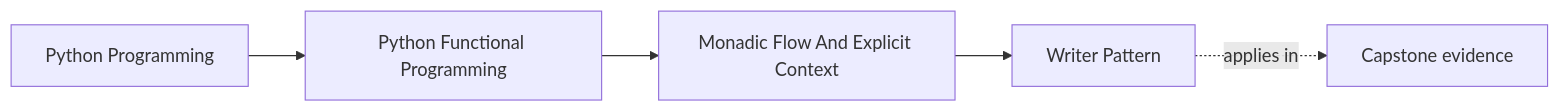
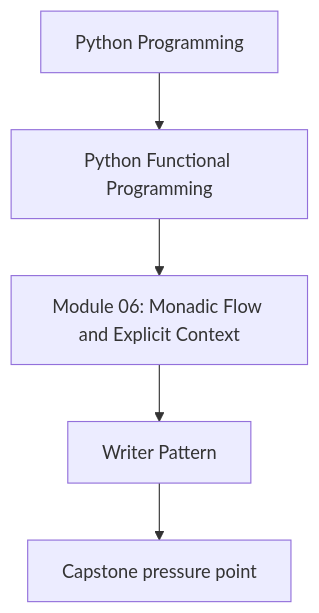
Before and after one commit to bijux/bijux-masterclass: the first of 2 diagrams in programs/python-programming/python-functional-programming/course-book/module-06-monadic-flow-and-explicit-context/writer-pattern.md, drawn with Mermaid. The commit also changed other lines of this file and 118 other files, not shown here.

Commit message:
docs(python-functional-programming): align concept page diagrams

````diff
--- a/programs/python-programming/python-functional-programming/course-book/module-06-monadic-flow-and-explicit-context/writer-pattern.md
+++ b/programs/python-programming/python-functional-programming/course-book/module-06-monadic-flow-and-explicit-context/writer-pattern.md
@@ -7,11 +7,7 @@
 ```mermaid
-graph LR
-  family["Python Programming"]
-  program["Python Functional Programming"]
-  section["Monadic Flow And Explicit Context"]
-  page["Writer Pattern"]
-  capstone["Capstone evidence"]
-
-  family --> program --> section --> page
-  page -.applies in.-> capstone
+flowchart TD
+  family["Python Programming"] --> program["Python Functional Programming"]
+  program --> module["Module 06: Monadic Flow and Explicit Context"]
+  module --> concept["Writer Pattern"]
+  concept --> capstone["Capstone pressure point"]
 ```
````
